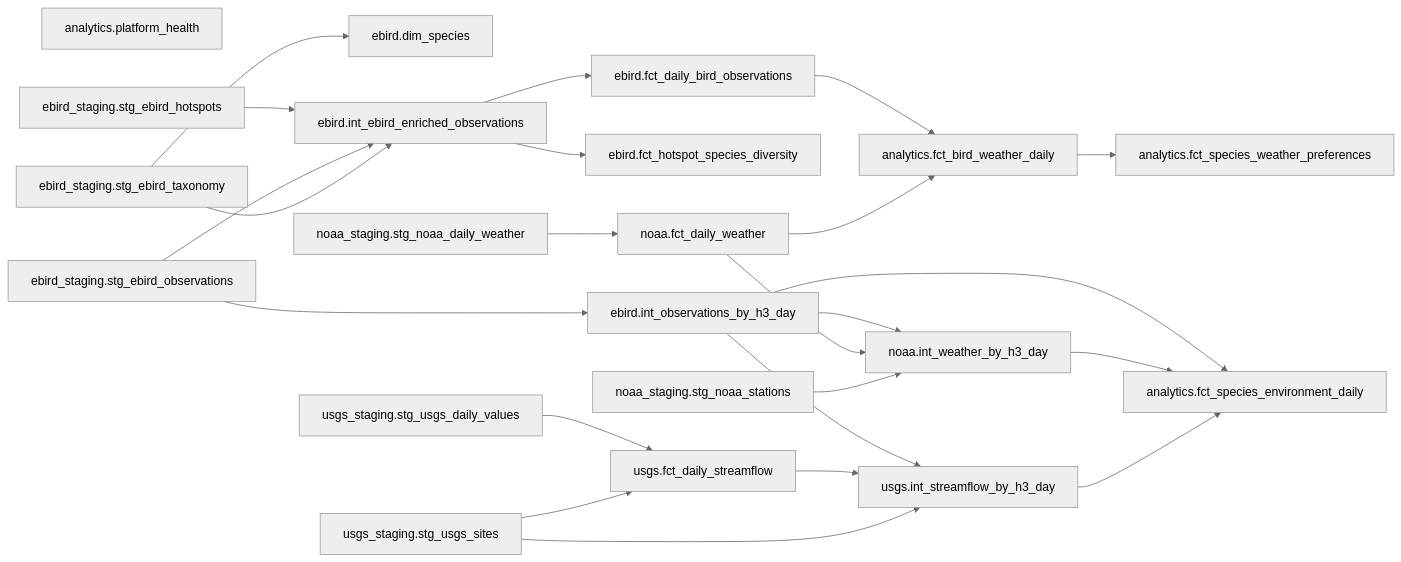
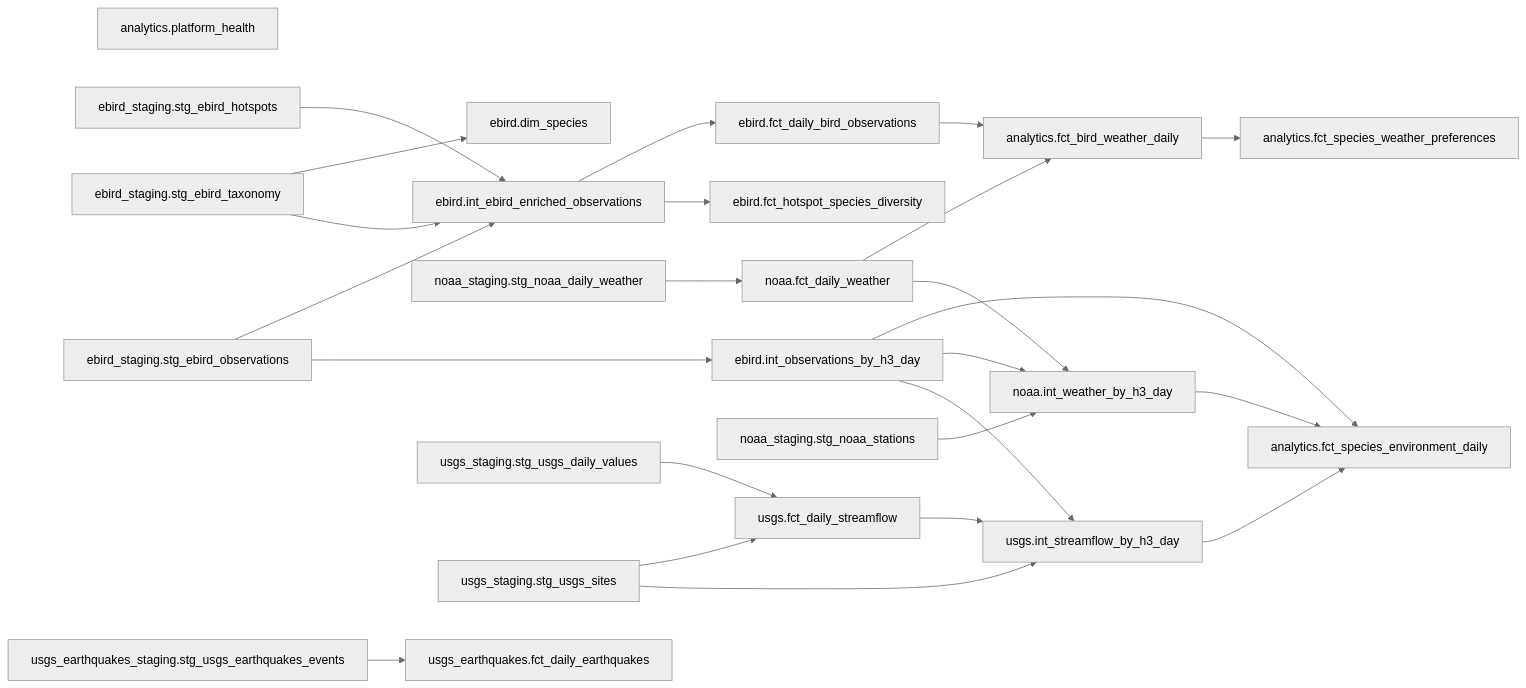
Before and after one commit to Doctacon/databox: the diagram in docs/dictionary/lineage.md, drawn with Mermaid (neutral theme). The commit also changed 16 other files, not shown here.

First line of the commit message:
feat(docs): add --check gate + backfill usgs_earthquakes dictionary

````diff
--- a/docs/dictionary/lineage.md
+++ b/docs/dictionary/lineage.md
@@ -5,66 +5,71 @@
 ```mermaid
 graph LR
     n0["analytics.fct_bird_weather_daily"]
     n1["analytics.fct_species_environment_daily"]
     n2["analytics.fct_species_weather_preferences"]
     n3["analytics.platform_health"]
     n4["ebird.dim_species"]
     n5["ebird.fct_daily_bird_observations"]
     n6["ebird.fct_hotspot_species_diversity"]
     n7["ebird.int_ebird_enriched_observations"]
     n8["ebird.int_observations_by_h3_day"]
     n9["ebird_staging.stg_ebird_hotspots"]
     n10["ebird_staging.stg_ebird_observations"]
     n11["ebird_staging.stg_ebird_taxonomy"]
     n12["noaa.fct_daily_weather"]
     n13["noaa.int_weather_by_h3_day"]
     n14["noaa_staging.stg_noaa_daily_weather"]
     n15["noaa_staging.stg_noaa_stations"]
     n16["usgs.fct_daily_streamflow"]
     n17["usgs.int_streamflow_by_h3_day"]
-    n18["usgs_staging.stg_usgs_daily_values"]
-    n19["usgs_staging.stg_usgs_sites"]
+    n18["usgs_earthquakes.fct_daily_earthquakes"]
+    n19["usgs_earthquakes_staging.stg_usgs_earthquakes_events"]
+    n20["usgs_staging.stg_usgs_daily_values"]
+    n21["usgs_staging.stg_usgs_sites"]
     n5 --> n0
     n12 --> n0
     n8 --> n1
     n13 --> n1
     n17 --> n1
     n0 --> n2
     n11 --> n4
     n7 --> n5
     n7 --> n6
     n9 --> n7
     n10 --> n7
     n11 --> n7
     n10 --> n8
     n14 --> n12
     n8 --> n13
     n12 --> n13
     n15 --> n13
-    n18 --> n16
-    n19 --> n16
+    n20 --> n16
+    n21 --> n16
     n8 --> n17
     n16 --> n17
-    n19 --> n17
+    n21 --> n17
+    n19 --> n18
 
     click n0 "analytics/fct_bird_weather_daily.md"
     click n1 "analytics/fct_species_environment_daily.md"
     click n2 "analytics/fct_species_weather_preferences.md"
     click n3 "analytics/platform_health.md"
     click n4 "ebird/dim_species.md"
     click n5 "ebird/fct_daily_bird_observations.md"
     click n6 "ebird/fct_hotspot_species_diversity.md"
     click n7 "ebird/int_ebird_enriched_observations.md"
     click n8 "ebird/int_observations_by_h3_day.md"
     click n9 "ebird_staging/stg_ebird_hotspots.md"
     click n10 "ebird_staging/stg_ebird_observations.md"
     click n11 "ebird_staging/stg_ebird_taxonomy.md"
     click n12 "noaa/fct_daily_weather.md"
     click n13 "noaa/int_weather_by_h3_day.md"
     click n14 "noaa_staging/stg_noaa_daily_weather.md"
     click n15 "noaa_staging/stg_noaa_stations.md"
     click n16 "usgs/fct_daily_streamflow.md"
     click n17 "usgs/int_streamflow_by_h3_day.md"
-    click n18 "usgs_staging/stg_usgs_daily_values.md"
-    click n19 "usgs_staging/stg_usgs_sites.md"
+    click n18 "usgs_earthquakes/fct_daily_earthquakes.md"
+    click n19 "usgs_earthquakes_staging/stg_usgs_earthquakes_events.md"
+    click n20 "usgs_staging/stg_usgs_daily_values.md"
+    click n21 "usgs_staging/stg_usgs_sites.md"
 ```
````
